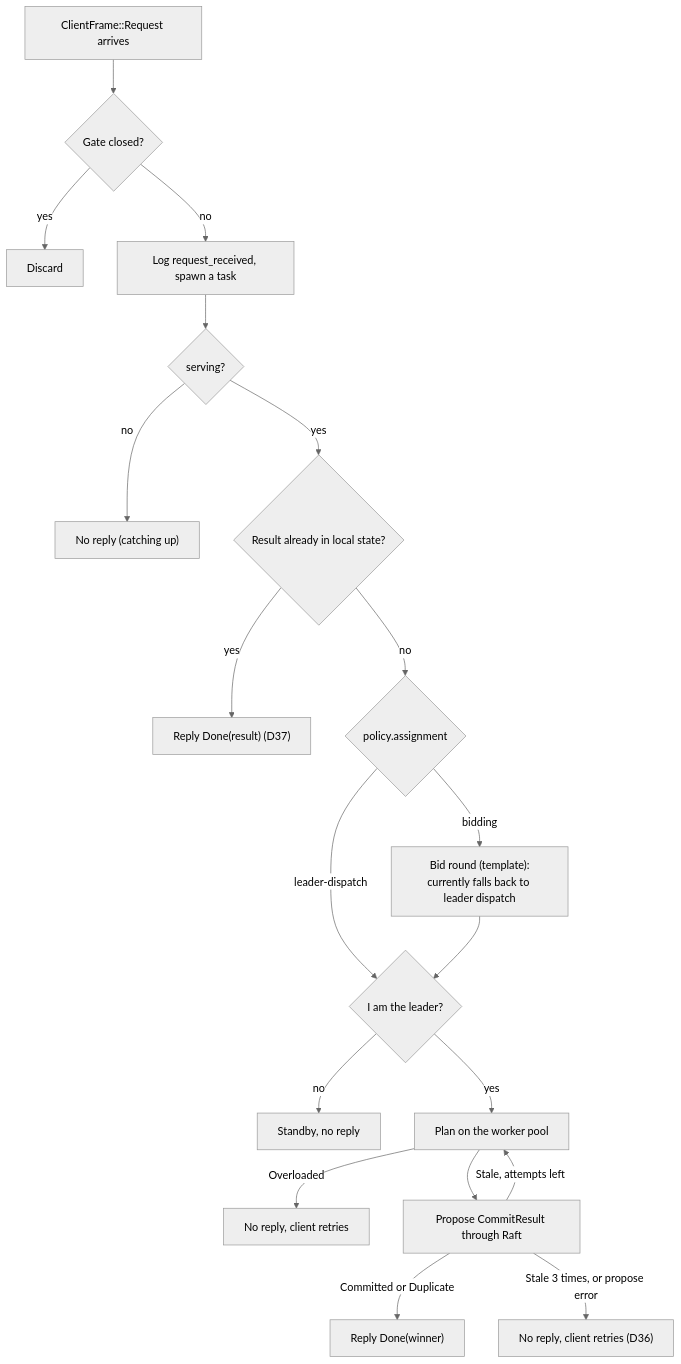
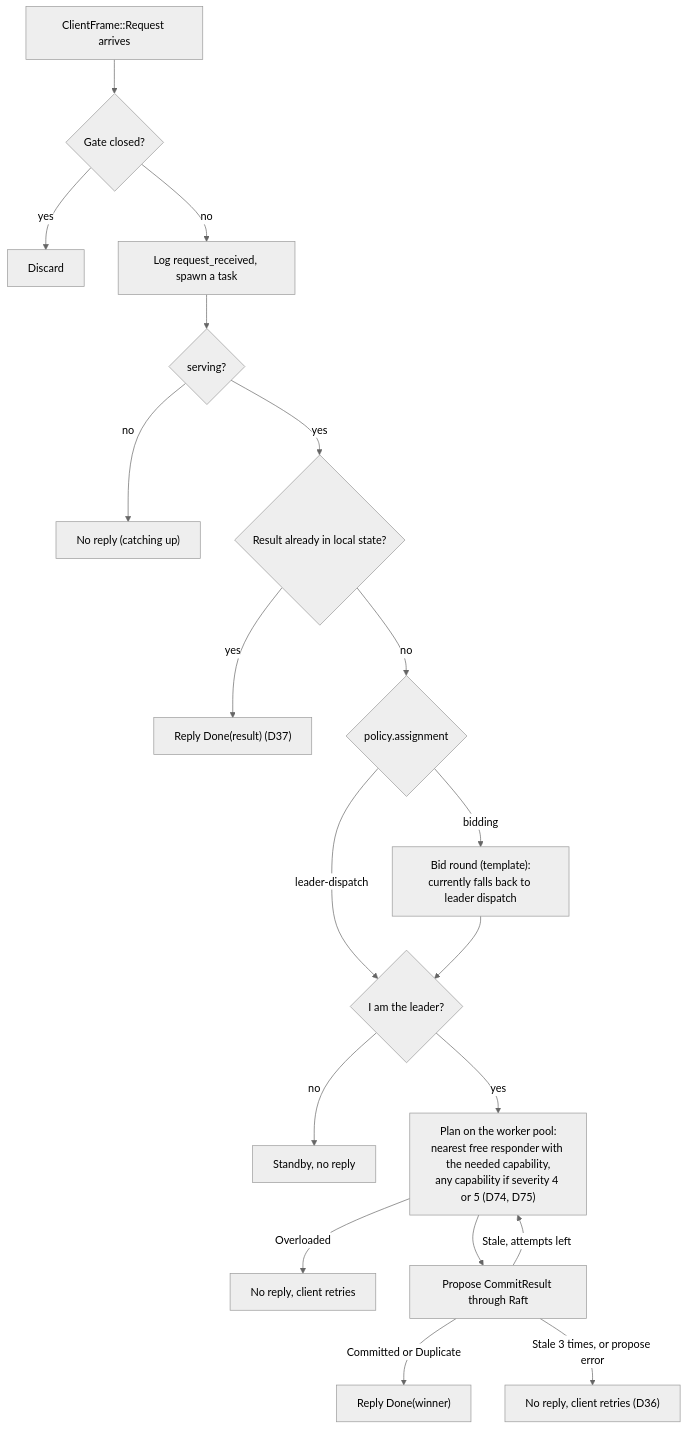
One commit to noortaytoy1/DistributedSystems changed diagram 18 of 26 in docs/architecture.md. Above: the diagram before and after it, drawn with Mermaid (neutral theme). The commit also changed other lines of this file and 3 other files, not shown here.

````diff
--- a/docs/architecture.md
+++ b/docs/architecture.md
@@ -638,21 +638,21 @@
 ```mermaid
 flowchart TD
     REQ["ClientFrame::Request arrives"] --> GATE{"Gate closed?"}
     GATE -->|yes| DROP["Discard"]
     GATE -->|no| LOG["Log request_received, spawn a task"]
     LOG --> SERV{"serving?"}
     SERV -->|no| QUIET1["No reply (catching up)"]
     SERV -->|yes| DONE{"Result already in local state?"}
     DONE -->|yes| REPLY1["Reply Done(result) (D37)"]
     DONE -->|no| POL{"policy.assignment"}
     POL -->|leader-dispatch| LEAD{"I am the leader?"}
     POL -->|bidding| BID["Bid round (template):<br/>currently falls back to leader dispatch"]
     BID --> LEAD
     LEAD -->|no| QUIET2["Standby, no reply"]
-    LEAD -->|yes| PLAN["Plan on the worker pool"]
+    LEAD -->|yes| PLAN["Plan on the worker pool:<br/>nearest free responder with the needed capability,<br/>any capability if severity 4 or 5 (D74, D75)"]
     PLAN -->|Overloaded| QUIET3["No reply, client retries"]
     PLAN --> PROP["Propose CommitResult through Raft"]
     PROP -->|Committed or Duplicate| REPLY2["Reply Done(winner)"]
     PROP -->|Stale, attempts left| PLAN
     PROP -->|Stale 3 times, or propose error| QUIET4["No reply, client retries (D36)"]
 ```
````
